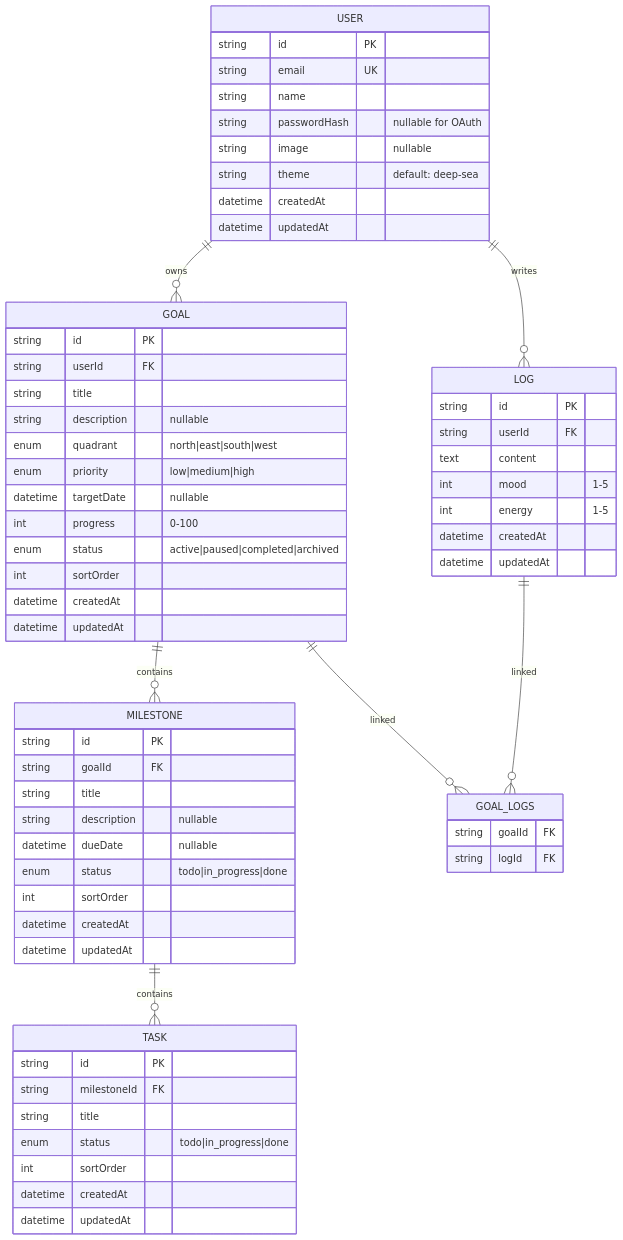
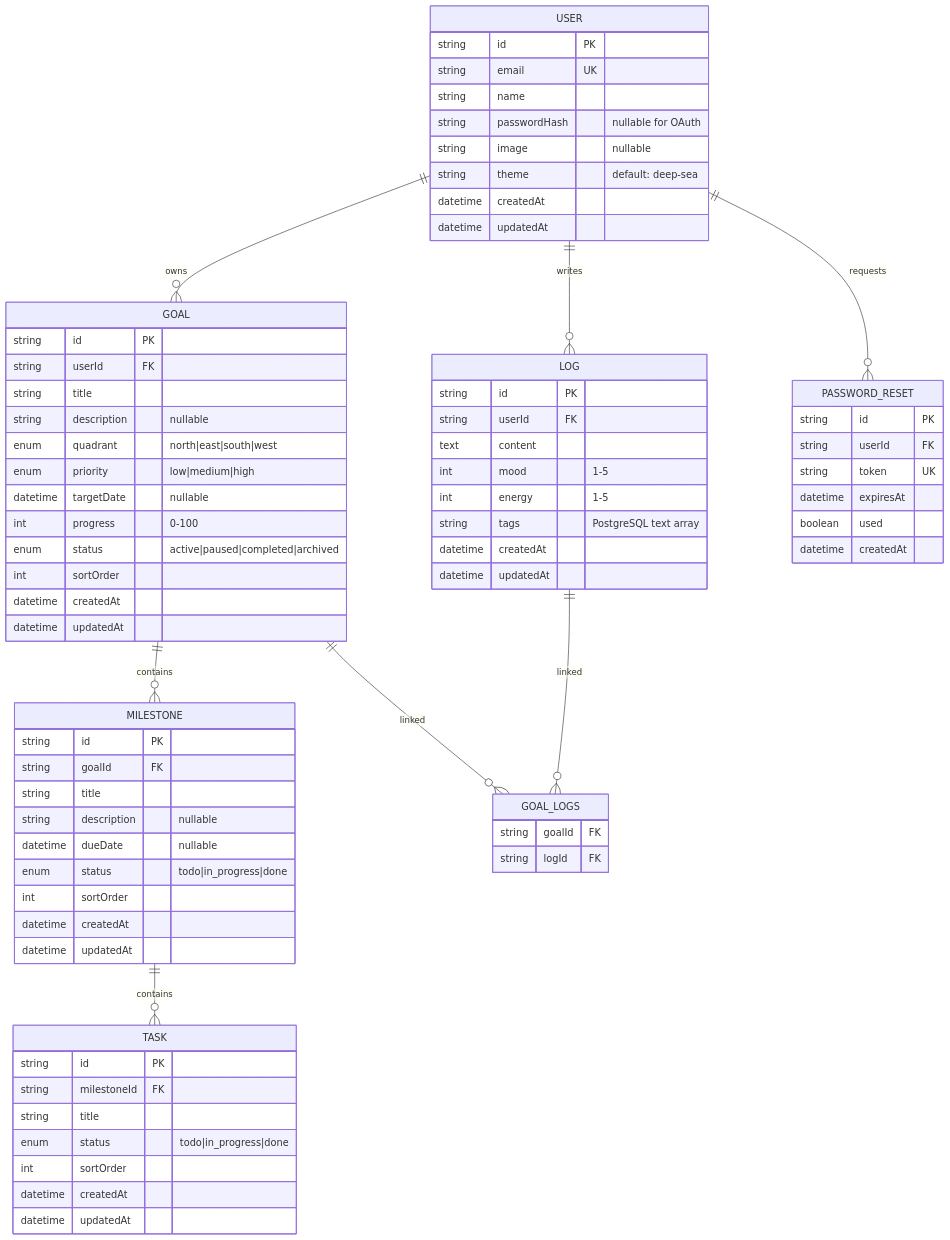
Before and after one commit to MS33834/compass: the third of 4 diagrams in .trae/documents/technical-architecture.md, drawn with Mermaid. The commit also changed other lines of this file and 2 other files, not shown here.

````diff
--- a/.trae/documents/technical-architecture.md
+++ b/.trae/documents/technical-architecture.md
@@ -238,6 +244,7 @@
 erDiagram
     USER ||--o{ GOAL : owns
     USER ||--o{ LOG : writes
+    USER ||--o{ PASSWORD_RESET : requests
     GOAL ||--o{ MILESTONE : contains
     MILESTONE ||--o{ TASK : contains
     GOAL ||--o{ GOAL_LOGS : linked
@@ -297,6 +304,7 @@
         text content
         int mood "1-5"
         int energy "1-5"
+        string tags "PostgreSQL text array"
         datetime createdAt
         datetime updatedAt
     }
@@ -305,4 +313,13 @@
         string goalId FK
         string logId FK
     }
+
+    PASSWORD_RESET {
+        string id PK
+        string userId FK
+        string token UK
+        datetime expiresAt
+        boolean used
+        datetime createdAt
+    }
 ```
````
